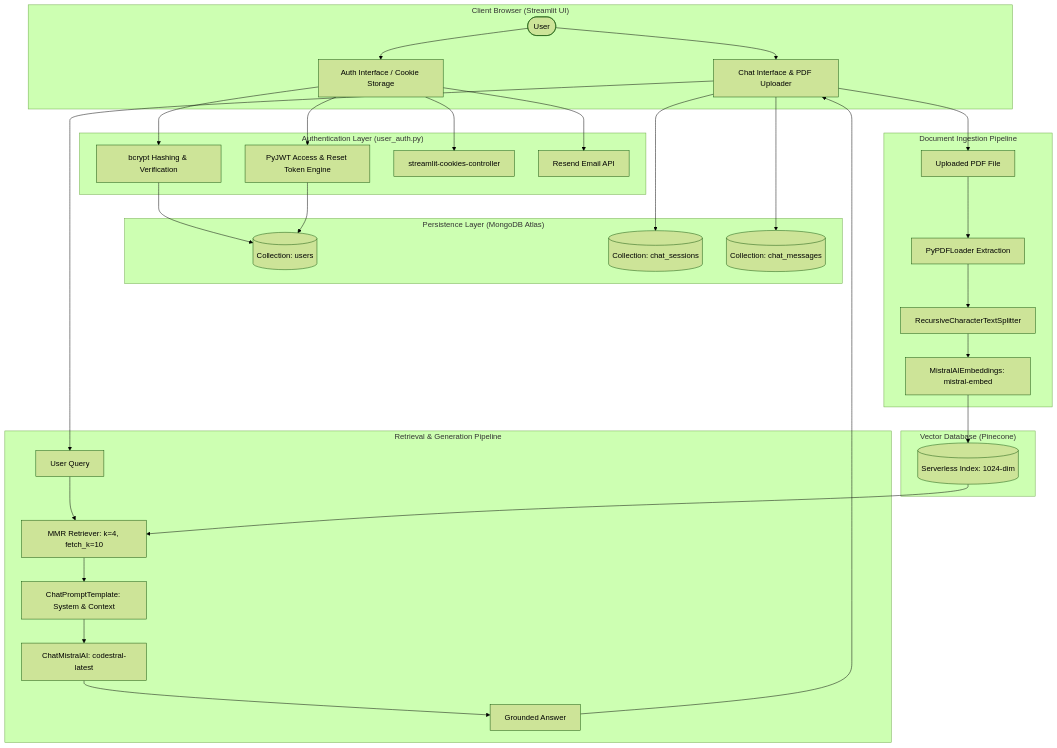
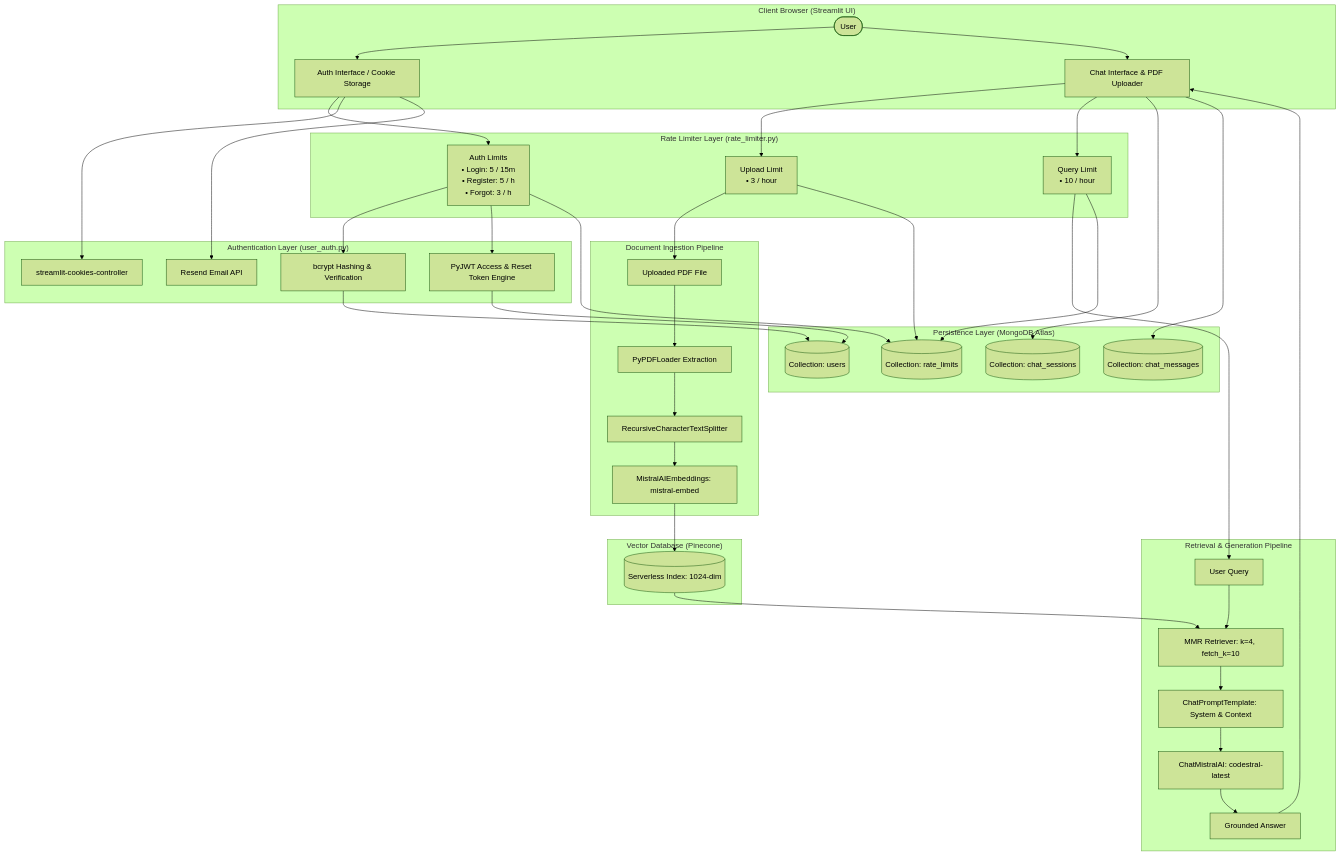
One commit to xoloAyush/Rag-Book-Assistant changed the first of 2 diagrams in README.md. Above: the diagram before and after it, drawn with Mermaid (forest theme). The commit also changed other lines of this file and 3 other files, not shown here.

Commit message:
rate limiter implemented

````diff
--- a/README.md
+++ b/README.md
@@ -43,62 +49,76 @@
 ```mermaid
 flowchart TD
     subgraph Client ["Client Browser (Streamlit UI)"]
         User([User])
         AuthUI[Auth Interface / Cookie Storage]
         ChatUI[Chat Interface & PDF Uploader]
+    end
+
+    subgraph RateLimiting ["Rate Limiter Layer (rate_limiter.py)"]
+        RL_Auth["Auth Limits<br/>• Login: 5 / 15m<br/>• Register: 5 / h<br/>• Forgot: 3 / h"]
+        RL_Upload["Upload Limit<br/>• 3 / hour"]
+        RL_Query["Query Limit<br/>• 10 / hour"]
     end
 
     subgraph Authentication ["Authentication Layer (user_auth.py)"]
         Bcrypt[bcrypt Hashing & Verification]
         JWT[PyJWT Access & Reset Token Engine]
         CookieCtrl[streamlit-cookies-controller]
         ResendAPI[Resend Email API]
     end
 
     subgraph Database ["Persistence Layer (MongoDB Atlas)"]
         MongoUsers[(Collection: users)]
         MongoSessions[(Collection: chat_sessions)]
         MongoMessages[(Collection: chat_messages)]
+        MongoRateLimits[(Collection: rate_limits)]
     end
 
     subgraph IngestionPipeline ["Document Ingestion Pipeline"]
         PDFUpload[Uploaded PDF File]
         PyPDF[PyPDFLoader Extraction]
         Splitter[RecursiveCharacterTextSplitter]
         EmbedModel[MistralAIEmbeddings: mistral-embed]
     end
 
     subgraph VectorDB ["Vector Database (Pinecone)"]
         PineconeIndex[(Serverless Index: 1024-dim)]
     end
 
     subgraph RAGPipeline ["Retrieval & Generation Pipeline"]
         UserQuery[User Query]
         MMRRetriever[MMR Retriever: k=4, fetch_k=10]
         PromptTemplate[ChatPromptTemplate: System & Context]
         LLM[ChatMistralAI: codestral-latest]
         FinalAnswer[Grounded Answer]
     end
 
     User --> AuthUI
-    AuthUI --> Bcrypt
-    AuthUI --> JWT
+    AuthUI --> RL_Auth
+    RL_Auth --> Bcrypt
+    RL_Auth --> JWT
     AuthUI --> CookieCtrl
     AuthUI --> ResendAPI
     Bcrypt --> MongoUsers
     JWT --> MongoUsers
 
     User --> ChatUI
-    ChatUI --> PDFUpload
+    ChatUI --> RL_Upload
+    RL_Upload --> PDFUpload
     PDFUpload --> PyPDF --> Splitter --> EmbedModel --> PineconeIndex
 
-    ChatUI --> UserQuery
+    ChatUI --> RL_Query
+    RL_Query --> UserQuery
     UserQuery --> MMRRetriever
     PineconeIndex --> MMRRetriever
     MMRRetriever --> PromptTemplate
     PromptTemplate --> LLM --> FinalAnswer
     FinalAnswer --> ChatUI
 
+    RL_Auth --> MongoRateLimits
+    RL_Upload --> MongoRateLimits
+    RL_Query --> MongoRateLimits
+
     ChatUI --> MongoSessions
     ChatUI --> MongoMessages
 ```
````
